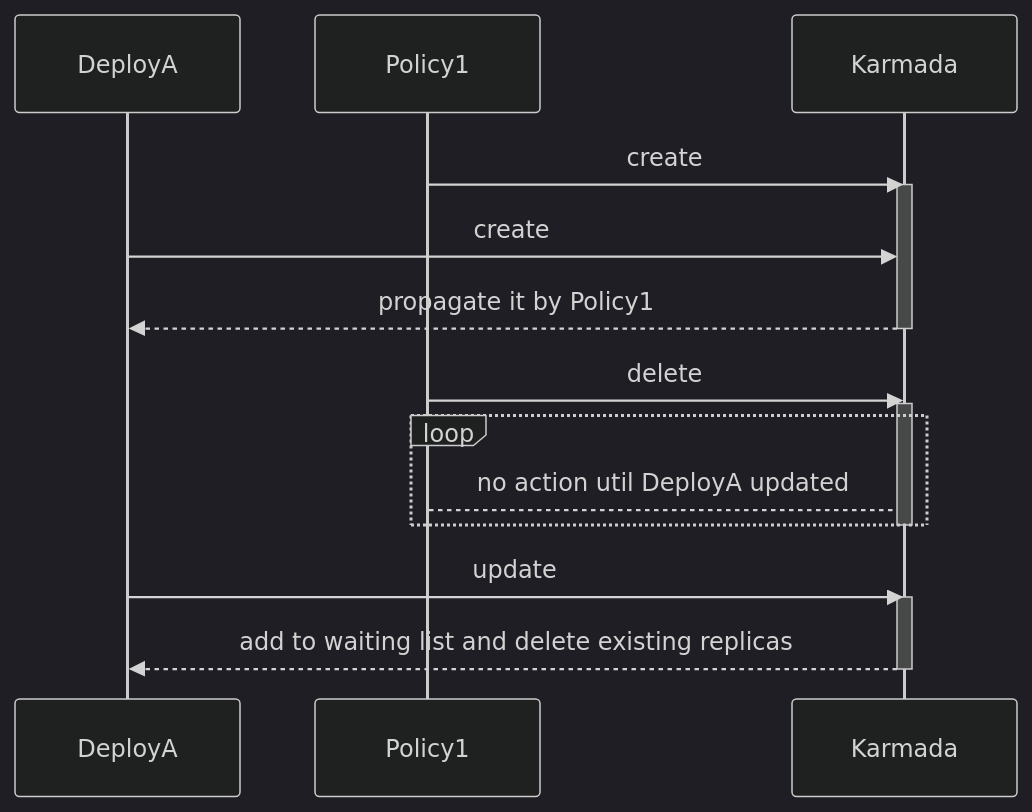
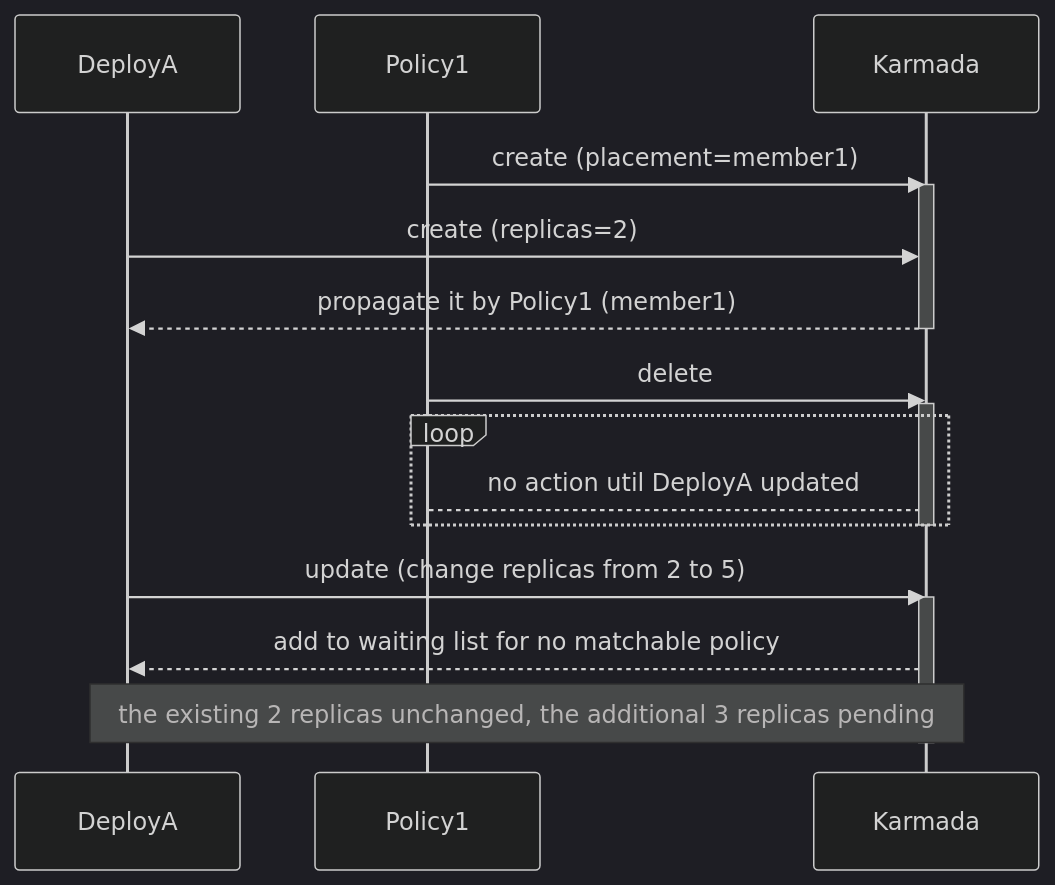
The sixth of 6 diagrams in docs/proposals/scheduling/policy-effetive-strategy/statization-of-propagation-policy.md (guoqinwill/karmada), drawn with Mermaid (dark theme) before and after one commit. The commit also changed other lines of this file, not shown here.

````diff
--- a/docs/proposals/scheduling/policy-effetive-strategy/statization-of-propagation-policy.md
+++ b/docs/proposals/scheduling/policy-effetive-strategy/statization-of-propagation-policy.md
@@ -341,24 +341,25 @@
 ```mermaid
 sequenceDiagram
   participant DeployA
   participant Policy1
   participant Karmada
 
-  Policy1 ->> Karmada: create
+  Policy1 ->> Karmada: create (placement=member1)
   activate Karmada
-  DeployA ->> Karmada: create
-  Karmada -->> DeployA: propagate it by Policy1
+  DeployA ->> Karmada: create (replicas=2)
+  Karmada -->> DeployA: propagate it by Policy1 (member1)
   deactivate Karmada
   
   Policy1 ->> Karmada: delete
   activate Karmada
   loop
     Policy1 --> Karmada: no action util DeployA updated
   end
   deactivate Karmada
 
-  DeployA ->> Karmada: update  
+  DeployA ->> Karmada: update (change replicas from 2 to 5)
   activate Karmada
-  Karmada -->> DeployA: add to waiting list and delete existing replicas
+  Karmada -->> DeployA: add to waiting list for no matchable policy
+  Note over DeployA, Karmada: the existing 2 replicas unchanged, the additional 3 replicas pending
   deactivate Karmada
 ```
````
